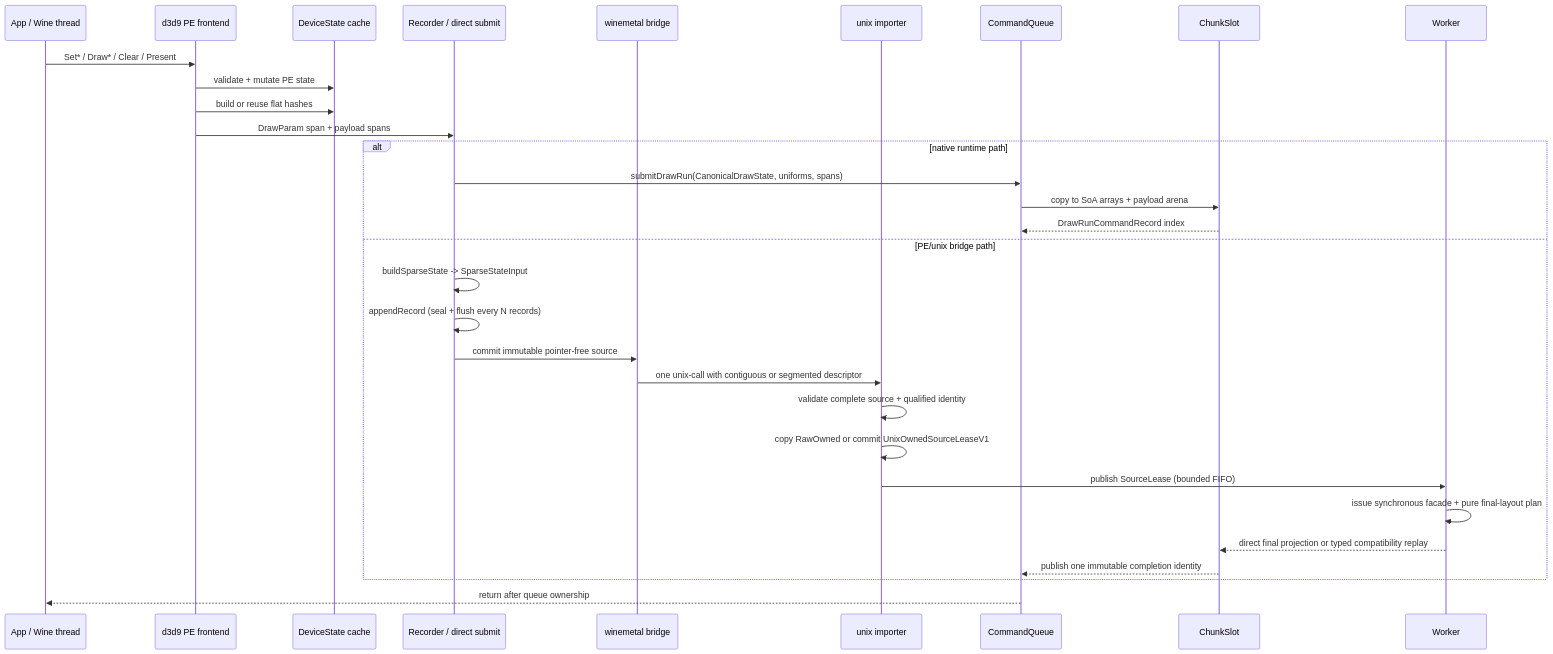
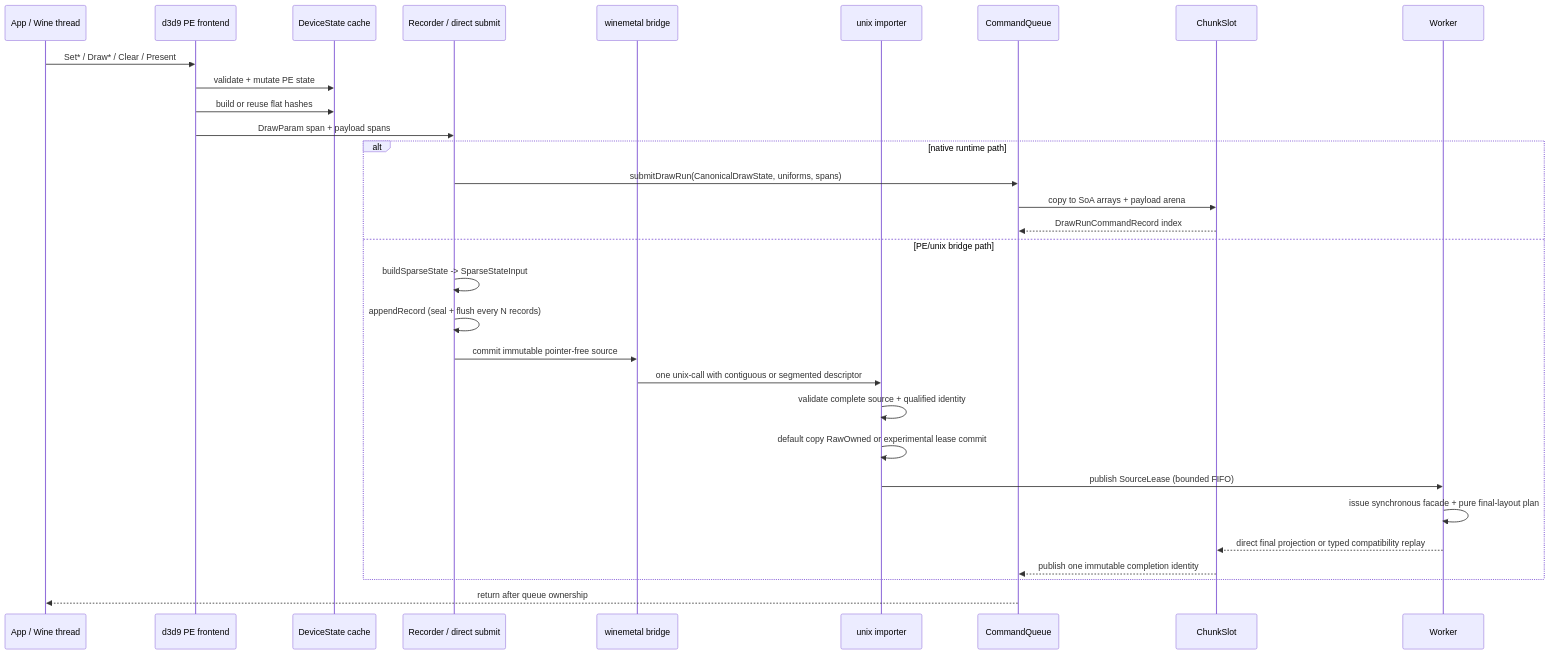
One commit to dfdgsdfg/dxmt9 changed the seventh of 16 diagrams in specs/archicture/spec.md. Above: the diagram before and after it, drawn with Mermaid. The commit also changed other lines of this file and 4 other files, not shown here.

````diff
--- a/specs/archicture/spec.md
+++ b/specs/archicture/spec.md
@@ -631,33 +644,33 @@
 ```mermaid
 sequenceDiagram
     participant App as App / Wine thread
     participant D9 as d3d9 PE frontend
     participant State as DeviceState cache
     participant Rec as Recorder / direct submit
     participant Bridge as winemetal bridge
     participant Import as unix importer
     participant CQ as CommandQueue
     participant Slot as ChunkSlot
 
     App->>D9: Set* / Draw* / Clear / Present
     D9->>State: validate + mutate PE state
     D9->>State: build or reuse flat hashes
     D9->>Rec: DrawParam span + payload spans
     alt native runtime path
         Rec->>CQ: submitDrawRun(CanonicalDrawState, uniforms, spans)
         CQ->>Slot: copy to SoA arrays + payload arena
         Slot-->>CQ: DrawRunCommandRecord index
     else PE/unix bridge path
         Rec->>Rec: buildSparseState -> SparseStateInput
         Rec->>Rec: appendRecord (seal + flush every N records)
         Rec->>Bridge: commit immutable pointer-free source
         Bridge->>Import: one unix-call with contiguous or segmented descriptor
         Import->>Import: validate complete source + qualified identity
-        Import->>Import: copy RawOwned or commit UnixOwnedSourceLeaseV1
+        Import->>Import: default copy RawOwned or experimental lease commit
         Import->>Worker: publish SourceLease (bounded FIFO)
         Worker->>Worker: issue synchronous facade + pure final-layout plan
         Worker-->>Slot: direct final projection or typed compatibility replay
         Slot-->>CQ: publish one immutable completion identity
     end
     CQ-->>App: return after queue ownership
 ```
````
